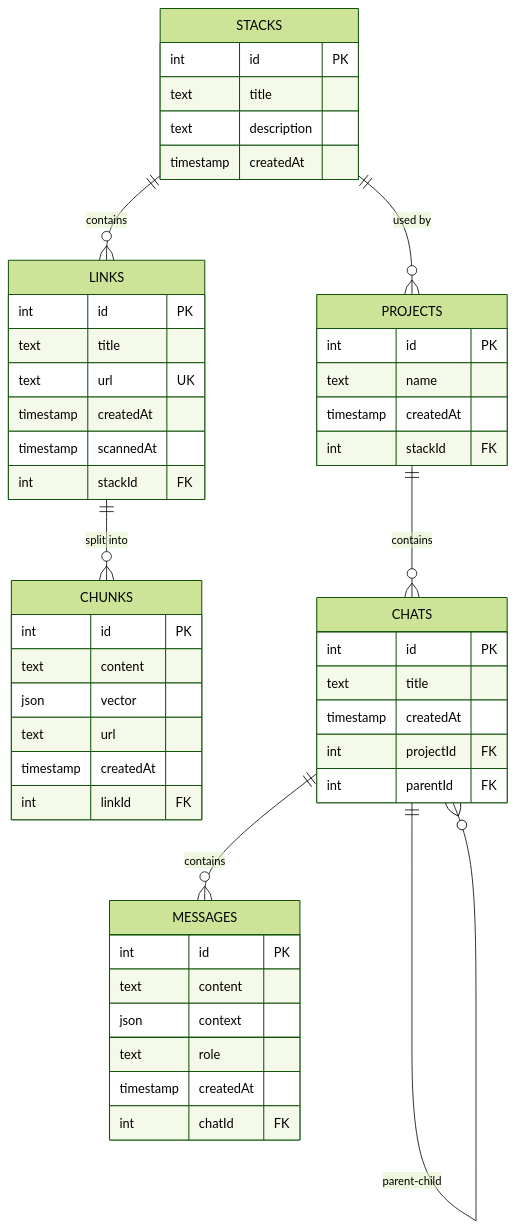
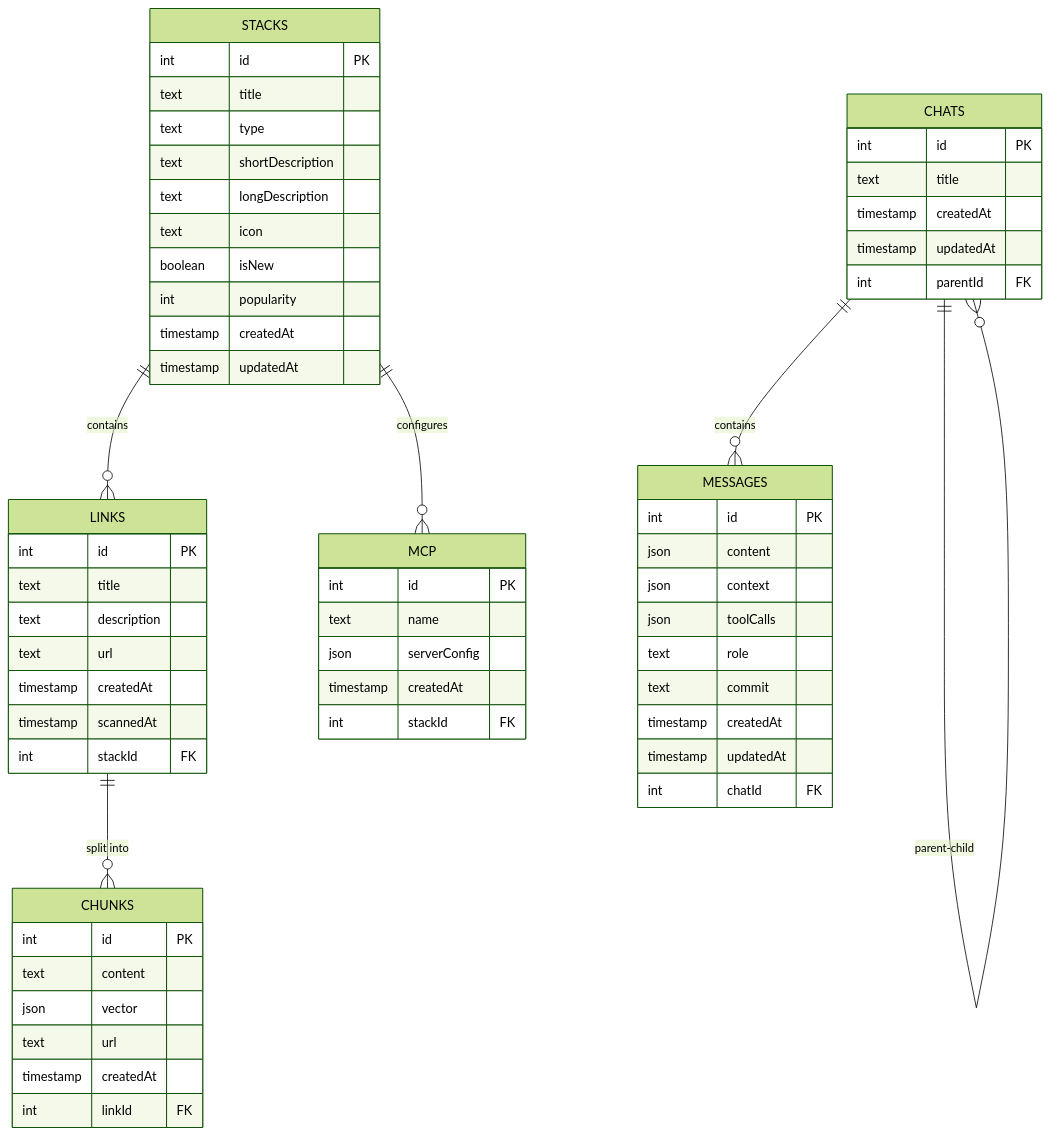
Before and after one commit to chara-codes/chara: the diagram in packages/server/README.md, drawn with Mermaid (forest theme). The commit also changed other lines of this file, not shown here.

````diff
--- a/packages/server/README.md
+++ b/packages/server/README.md
@@ -251,58 +209,68 @@
 ```mermaid
 erDiagram
     STACKS {
         int id PK
         text title
-        text description
+        text type
+        text shortDescription
+        text longDescription
+        text icon
+        boolean isNew
+        int popularity
         timestamp createdAt
+        timestamp updatedAt
     }
 
     LINKS {
         int id PK
         text title
-        text url UK
+        text description
+        text url
         timestamp createdAt
         timestamp scannedAt
         int stackId FK
     }
 
     CHUNKS {
         int id PK
         text content
         json vector
         text url
         timestamp createdAt
         int linkId FK
     }
 
-    PROJECTS {
+    MCP {
         int id PK
         text name
+        json serverConfig
         timestamp createdAt
         int stackId FK
     }
 
     CHATS {
         int id PK
         text title
         timestamp createdAt
-        int projectId FK
+        timestamp updatedAt
         int parentId FK
     }
 
     MESSAGES {
         int id PK
-        text content
+        json content
         json context
+        json toolCalls
         text role
+        text commit
         timestamp createdAt
+        timestamp updatedAt
         int chatId FK
     }
 
     STACKS ||--o{ LINKS : "contains"
+    STACKS ||--o{ MCP : "configures"
     LINKS ||--o{ CHUNKS : "split into"
-    STACKS ||--o{ PROJECTS : "used by"
-    PROJECTS ||--o{ CHATS : "contains"
     CHATS ||--o{ MESSAGES : "contains"
     CHATS ||--o{ CHATS : "parent-child"
 ```
````
